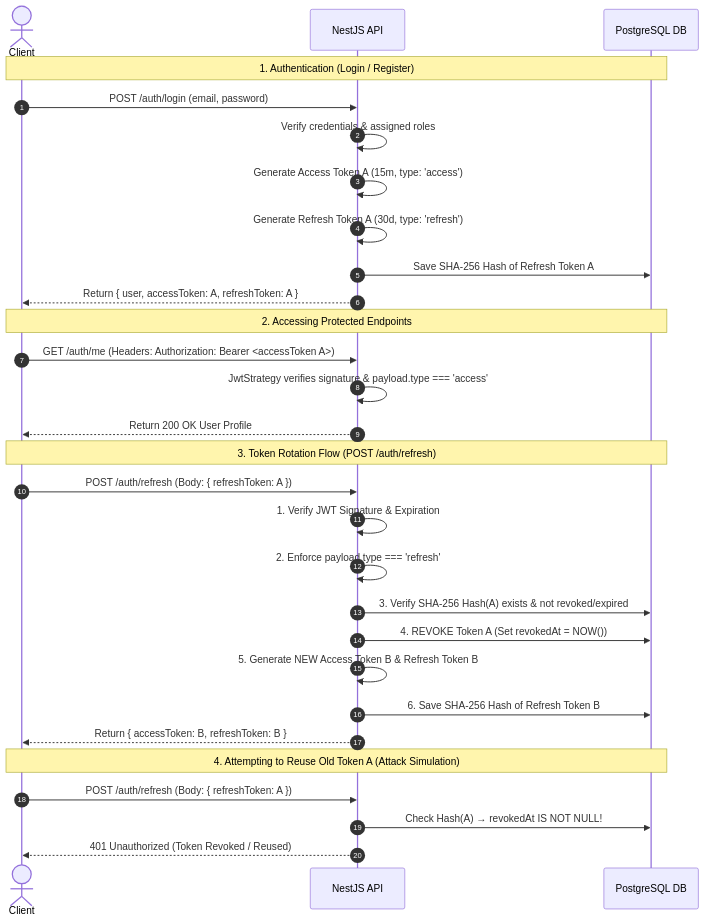
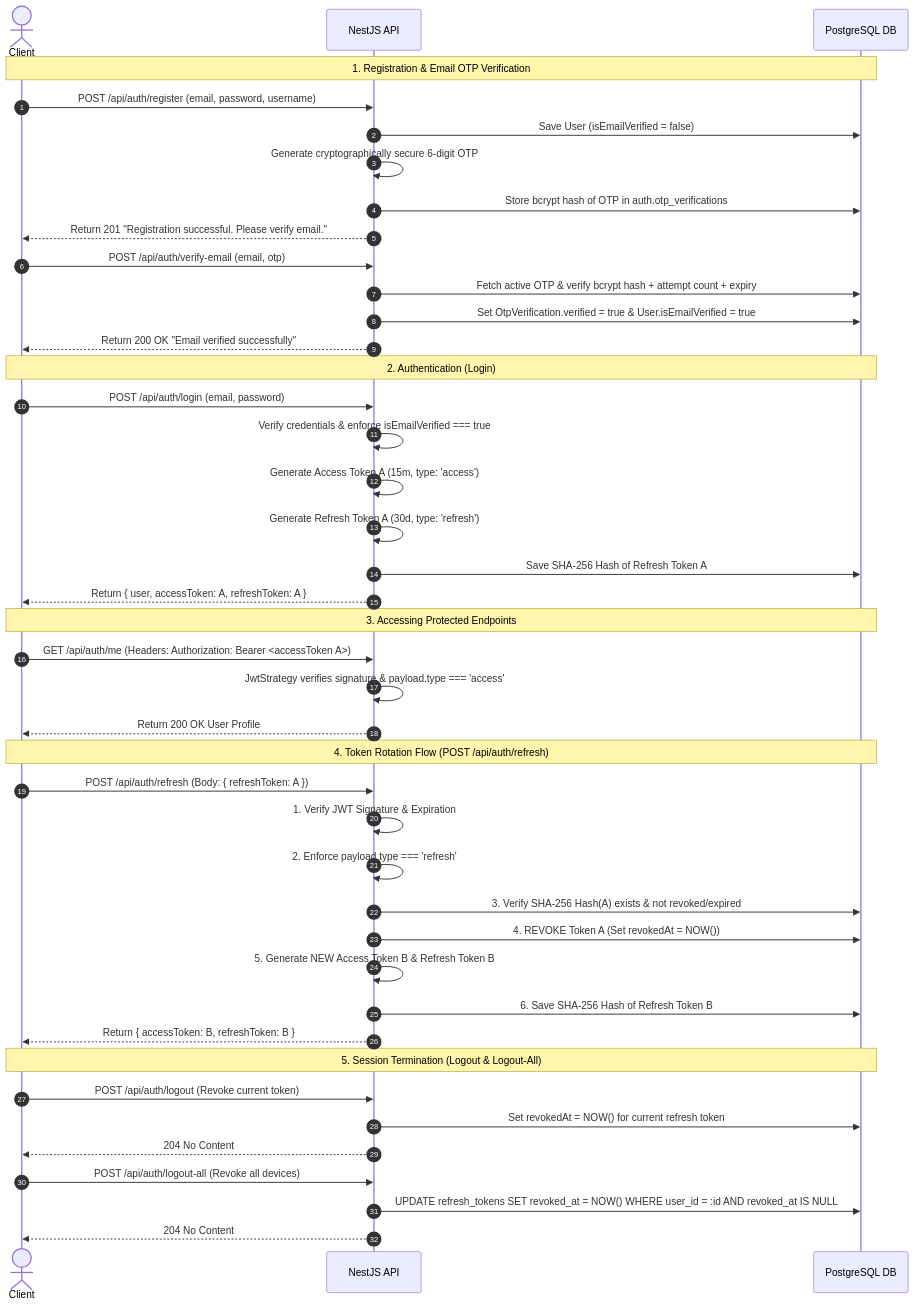
Before and after one commit to krishnasaw8340/secure-ebook-api: the diagram in README.md, drawn with Mermaid. The commit also changed other lines of this file and 6 other files, not shown here.

Commit message:
updated-auth-with-verify-otp-mail

````diff
--- a/README.md
+++ b/README.md
@@ -132,35 +142,51 @@
 ```mermaid
 sequenceDiagram
     autonumber
     actor Client
     participant Server as NestJS API
     participant DB as PostgreSQL DB
 
-    Note over Client, DB: 1. Authentication (Login / Register)
-    Client->>Server: POST /auth/login (email, password)
-    Server->>Server: Verify credentials & assigned roles
+    Note over Client, DB: 1. Registration & Email OTP Verification
+    Client->>Server: POST /api/auth/register (email, password, username)
+    Server->>DB: Save User (isEmailVerified = false)
+    Server->>Server: Generate cryptographically secure 6-digit OTP
+    Server->>DB: Store bcrypt hash of OTP in auth.otp_verifications
+    Server-->>Client: Return 201 "Registration successful. Please verify email."
+
+    Client->>Server: POST /api/auth/verify-email (email, otp)
+    Server->>DB: Fetch active OTP & verify bcrypt hash + attempt count + expiry
+    Server->>DB: Set OtpVerification.verified = true & User.isEmailVerified = true
+    Server-->>Client: Return 200 OK "Email verified successfully"
+
+    Note over Client, DB: 2. Authentication (Login)
+    Client->>Server: POST /api/auth/login (email, password)
+    Server->>Server: Verify credentials & enforce isEmailVerified === true
     Server->>Server: Generate Access Token A (15m, type: 'access')
     Server->>Server: Generate Refresh Token A (30d, type: 'refresh')
     Server->>DB: Save SHA-256 Hash of Refresh Token A
     Server-->>Client: Return { user, accessToken: A, refreshToken: A }
 
-    Note over Client, DB: 2. Accessing Protected Endpoints
-    Client->>Server: GET /auth/me (Headers: Authorization: Bearer <accessToken A>)
+    Note over Client, DB: 3. Accessing Protected Endpoints
+    Client->>Server: GET /api/auth/me (Headers: Authorization: Bearer <accessToken A>)
     Server->>Server: JwtStrategy verifies signature & payload.type === 'access'
     Server-->>Client: Return 200 OK User Profile
 
-    Note over Client, DB: 3. Token Rotation Flow (POST /auth/refresh)
-    Client->>Server: POST /auth/refresh (Body: { refreshToken: A })
+    Note over Client, DB: 4. Token Rotation Flow (POST /api/auth/refresh)
+    Client->>Server: POST /api/auth/refresh (Body: { refreshToken: A })
     Server->>Server: 1. Verify JWT Signature & Expiration
     Server->>Server: 2. Enforce payload.type === 'refresh'
     Server->>DB: 3. Verify SHA-256 Hash(A) exists & not revoked/expired
     Server->>DB: 4. REVOKE Token A (Set revokedAt = NOW())
     Server->>Server: 5. Generate NEW Access Token B & Refresh Token B
     Server->>DB: 6. Save SHA-256 Hash of Refresh Token B
     Server-->>Client: Return { accessToken: B, refreshToken: B }
 
-    Note over Client, DB: 4. Attempting to Reuse Old Token A (Attack Simulation)
-    Client->>Server: POST /auth/refresh (Body: { refreshToken: A })
-    Server->>DB: Check Hash(A) → revokedAt IS NOT NULL!
-    Server-->>Client: 401 Unauthorized (Token Revoked / Reused)
+    Note over Client, DB: 5. Session Termination (Logout & Logout-All)
+    Client->>Server: POST /api/auth/logout (Revoke current token)
+    Server->>DB: Set revokedAt = NOW() for current refresh token
+    Server-->>Client: 204 No Content
+
+    Client->>Server: POST /api/auth/logout-all (Revoke all devices)
+    Server->>DB: UPDATE refresh_tokens SET revoked_at = NOW() WHERE user_id = :id AND revoked_at IS NULL
+    Server-->>Client: 204 No Content
 ```
````
